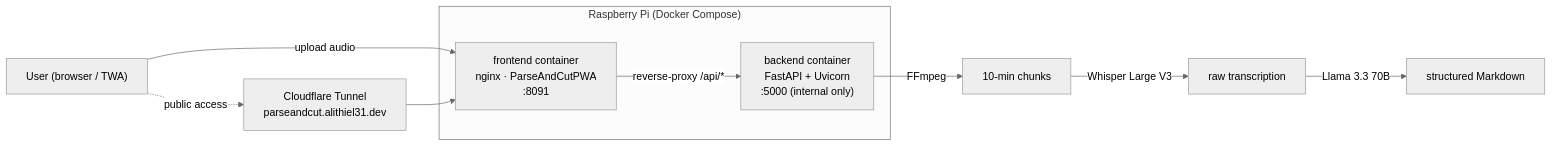
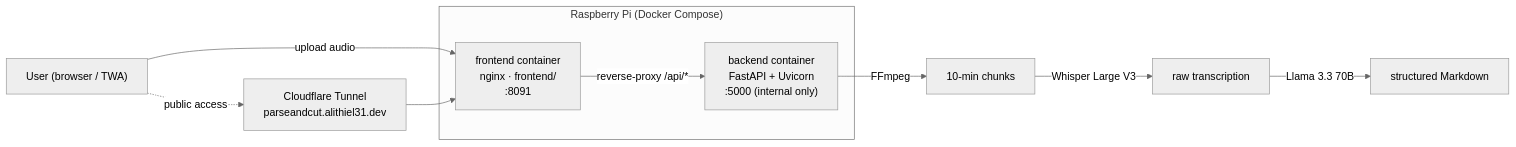
The diagram in README.md (Alithiel31/ParseAndCutV2), drawn with Mermaid (neutral theme) before and after one commit. The commit also changed other lines of this file and 8 other files, not shown here.

````diff
--- a/README.md
+++ b/README.md
@@ -63,17 +63,17 @@
 ```mermaid
 flowchart LR
     U["User (browser / TWA)"] -->|upload audio| FE
 
     subgraph Pi["Raspberry Pi (Docker Compose)"]
-        FE["frontend container<br/>nginx · ParseAndCutPWA<br/>:8091"]
+        FE["frontend container<br/>nginx · frontend/<br/>:8091"]
         BE["backend container<br/>FastAPI + Uvicorn<br/>:5000 (internal only)"]
         FE -->|reverse-proxy /api/*| BE
     end
 
     BE -->|FFmpeg| CHUNK["10-min chunks"]
     CHUNK -->|Whisper Large V3| TXT["raw transcription"]
     TXT -->|Llama 3.3 70B| MD["structured Markdown"]
 
     TUN["Cloudflare Tunnel<br/>parseandcut.alithiel31.dev"] --> FE
     U -.->|public access| TUN
 ```
````
